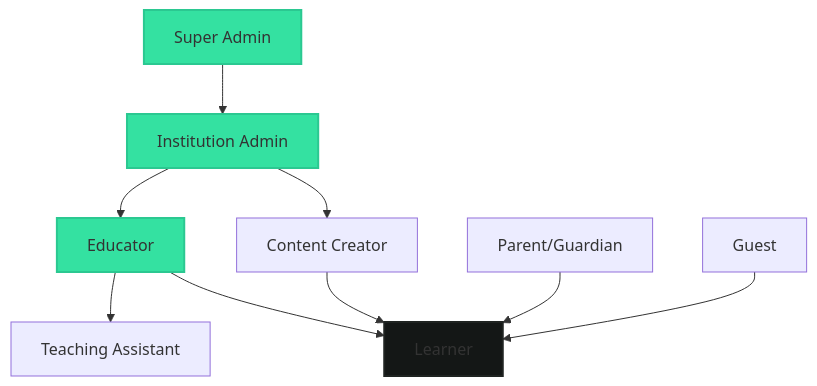
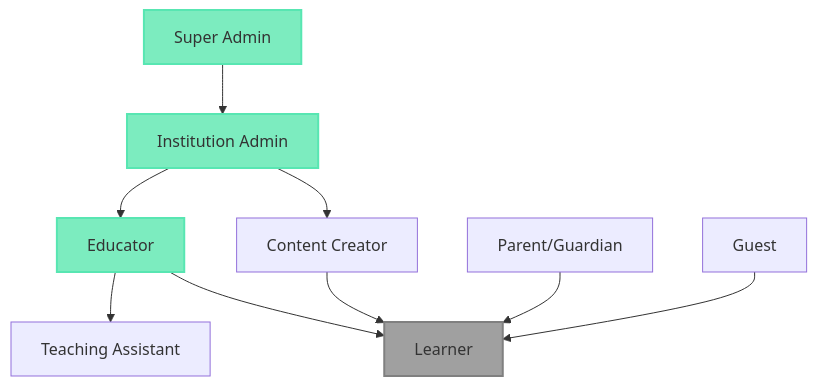
The diagram in docs/roles-permissions.md (ivmarch/geniverse-docs), drawn with Mermaid before and after one commit. The commit also changed 5 other files, not shown here.

Commit message:
Update diagram colors: use light green and gray, remove black

````diff
--- a/docs/roles-permissions.md
+++ b/docs/roles-permissions.md
@@ -7,16 +7,16 @@
 ```mermaid
 graph TD
     A[Super Admin] --> B[Institution Admin]
     B --> C[Educator]
     B --> D[Content Creator]
     C --> E[Learner]
     C --> F[Teaching Assistant]
     D --> E
     G[Parent/Guardian] --> E
     H[Guest] --> E
     
-    style A fill:#34E1A1,stroke:#2BC891,stroke-width:2px
-    style B fill:#34E1A1,stroke:#2BC891,stroke-width:2px
-    style C fill:#34E1A1,stroke:#2BC891,stroke-width:2px
-    style E fill:#141716,stroke:#1F2321,stroke-width:2px
+    style A fill:#7CECBF,stroke:#58E6B2,stroke-width:2px
+    style B fill:#7CECBF,stroke:#58E6B2,stroke-width:2px
+    style C fill:#7CECBF,stroke:#58E6B2,stroke-width:2px
+    style E fill:#A0A0A0,stroke:#808080,stroke-width:2px
 ```
````
